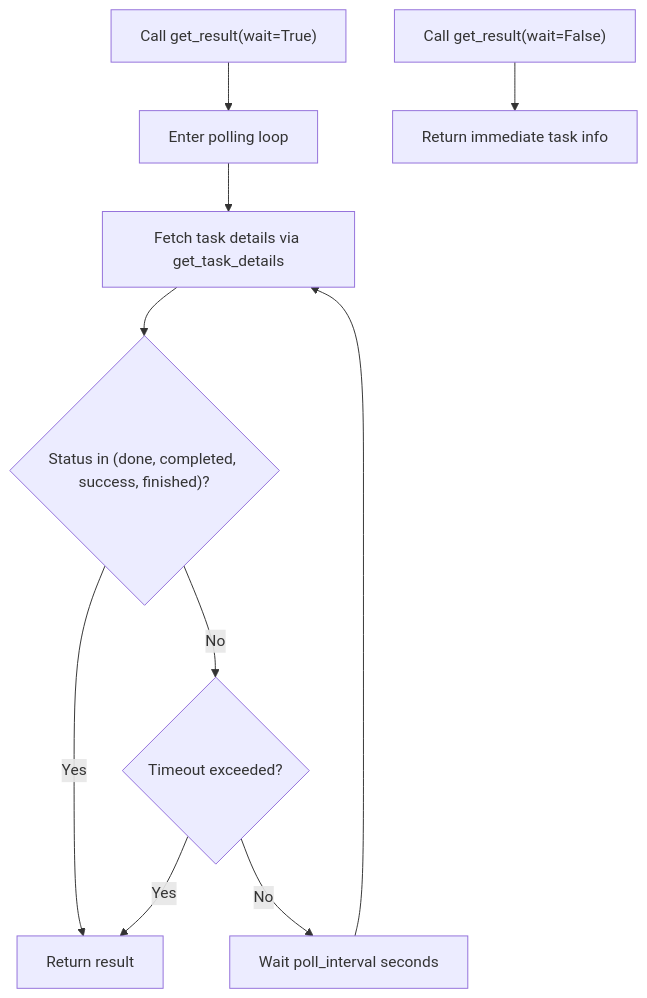
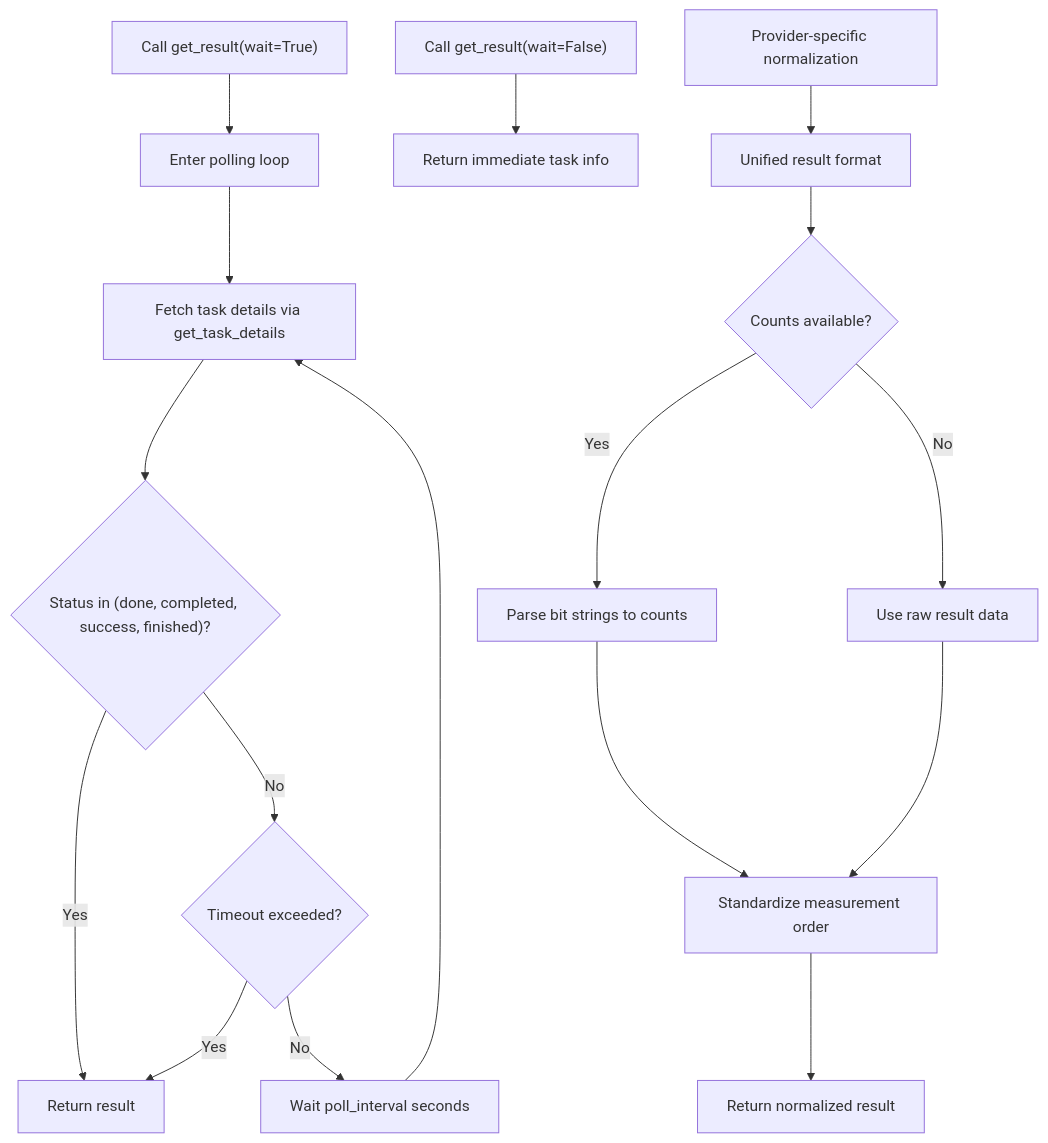
Before and after one commit to QureGenAI-Biotech/TyxonQ: the fourth of 8 diagrams in .qoder/repowiki/en/content/API Reference/Devices API/Hardware Drivers/Hardware Drivers.md, drawn with Mermaid. The commit also changed other lines of this file and 516 other files, not shown here.

````diff
--- a/.qoder/repowiki/en/content/API Reference/Devices API/Hardware Drivers/Hardware Drivers.md
+++ b/.qoder/repowiki/en/content/API Reference/Devices API/Hardware Drivers/Hardware Drivers.md
@@ -120,12 +173,19 @@
 ```mermaid
 flowchart TD
 A["Call get_result(wait=True)"] --> B["Enter polling loop"]
 B --> C["Fetch task details via get_task_details"]
 C --> D{"Status in (done, completed, success, finished)?"}
 D --> |Yes| E["Return result"]
 D --> |No| F{"Timeout exceeded?"}
 F --> |No| G["Wait poll_interval seconds"]
 G --> C
 F --> |Yes| E
 H["Call get_result(wait=False)"] --> I["Return immediate task info"]
+J["Provider-specific normalization"] --> K["Unified result format"]
+K --> L{"Counts available?"}
+L --> |Yes| M["Parse bit strings to counts"]
+L --> |No| N["Use raw result data"]
+M --> O["Standardize measurement order"]
+N --> O
+O --> P["Return normalized result"]
 ```
````
